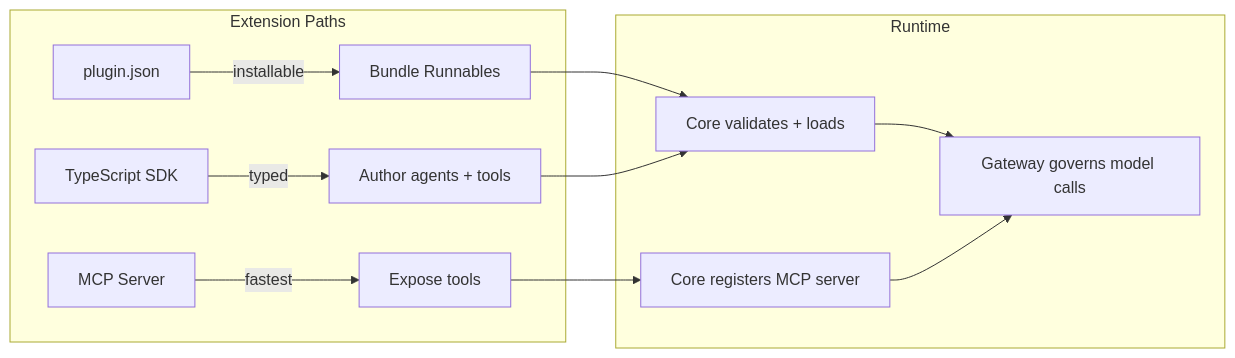
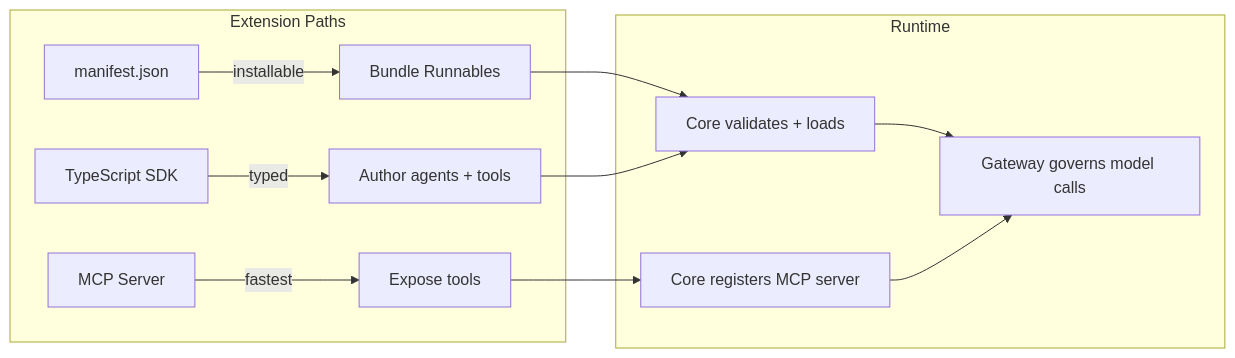
The diagram in apps/fumadocs/content/docs/develop/index.mdx (amajorai/ryu), drawn with Mermaid before and after one commit. The commit also changed other lines of this file and 198 other files, not shown here.

````diff
--- a/apps/fumadocs/content/docs/develop/index.mdx
+++ b/apps/fumadocs/content/docs/develop/index.mdx
@@ -16,16 +16,16 @@
 ```mermaid
 flowchart LR
   subgraph "Extension Paths"
     A[MCP Server] -->|fastest| B[Expose tools]
-    C[plugin.json] -->|installable| D[Bundle Runnables]
+    C[manifest.json] -->|installable| D[Bundle Runnables]
     E[TypeScript SDK] -->|typed| F[Author agents + tools]
   end
 
   subgraph "Runtime"
     D --> G[Core validates + loads]
     F --> G
     B --> H[Core registers MCP server]
     G --> I[Gateway governs model calls]
     H --> I
   end
 ```
````
